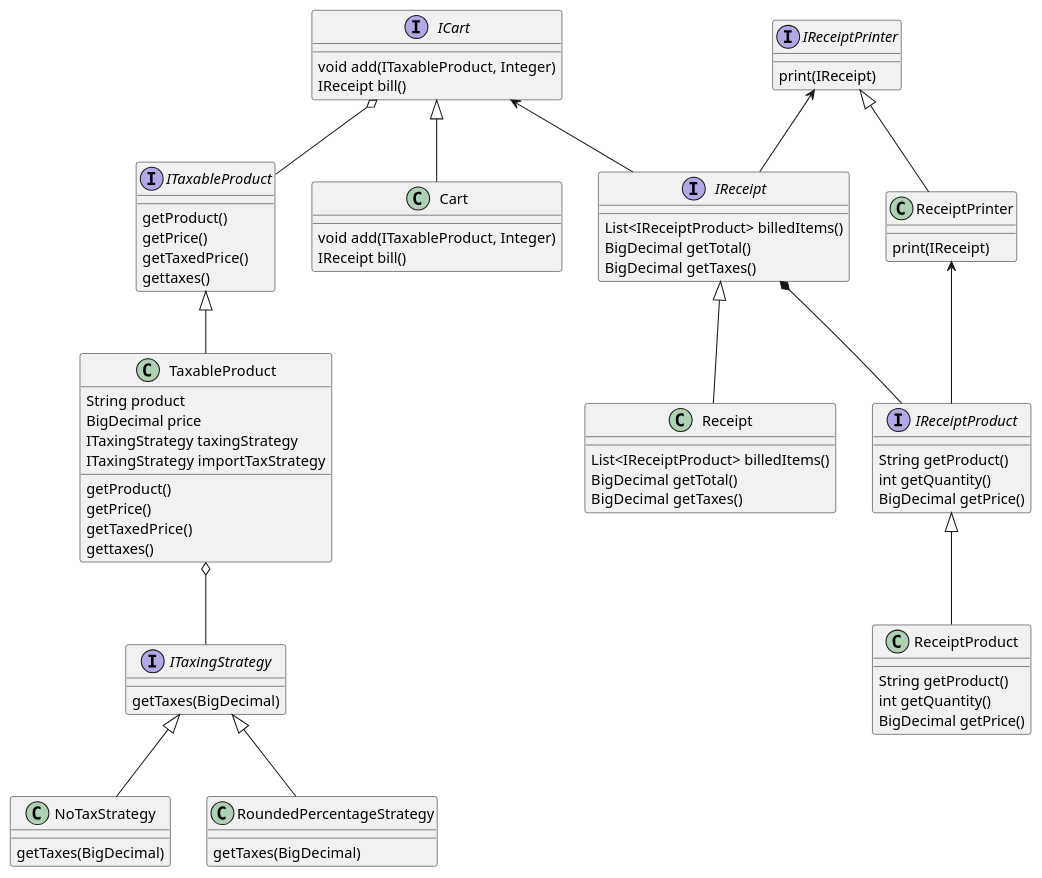
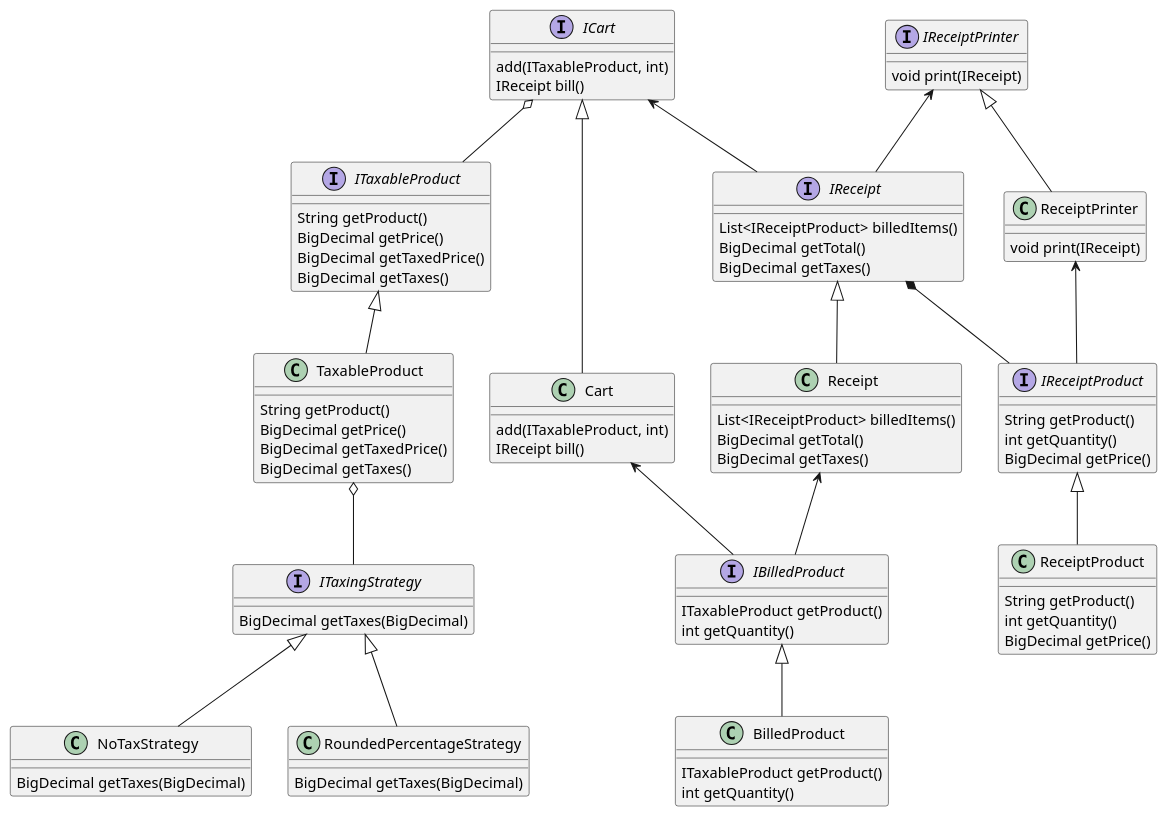
One commit to luigiDB/SalesTaxes changed the diagram in docResources/architecture.puml. Above: the diagram before and after it, drawn with PlantUML. The commit also changed 1 other file, not shown here.

Commit message:
Update architecture

```diff
--- a/docResources/architecture.puml
+++ b/docResources/architecture.puml
@@ -1,92 +1,103 @@
 @startuml
 'https://plantuml.com/class-diagram
 
 ITaxableProduct <|-- TaxableProduct
 TaxableProduct o-- ITaxingStrategy
 ITaxingStrategy <|-- NoTaxStrategy
 ITaxingStrategy <|-- RoundedPercentageStrategy
 
 ICart <|-- Cart
 ICart o-- ITaxableProduct
 ICart <-- IReceipt
 IReceiptPrinter <-- IReceipt
 IReceiptPrinter <|-- ReceiptPrinter
 IReceipt <|-- Receipt
 IReceiptProduct <|-- ReceiptProduct
 
 IReceipt *-- IReceiptProduct
 ReceiptPrinter <-- IReceiptProduct
 
+IBilledProduct <|-- BilledProduct
+Cart <-- IBilledProduct
+Receipt <-- IBilledProduct
+
+
 interface ITaxableProduct {
-    getProduct()
-    getPrice()
-    getTaxedPrice()
-    gettaxes()
+    String getProduct()
+    BigDecimal getPrice()
+    BigDecimal getTaxedPrice()
+    BigDecimal getTaxes()
 }
 
 class TaxableProduct {
-    String product
-    BigDecimal price
-    ITaxingStrategy taxingStrategy
-    ITaxingStrategy importTaxStrategy
-    getProduct()
-    getPrice()
-    getTaxedPrice()
-    gettaxes()
+    String getProduct()
+    BigDecimal getPrice()
+    BigDecimal getTaxedPrice()
+    BigDecimal getTaxes()
 }
 
 interface ICart {
-    void add(ITaxableProduct, Integer)
+    add(ITaxableProduct, int)
     IReceipt bill()
 }
 
 class Cart {
-    void add(ITaxableProduct, Integer)
+    add(ITaxableProduct, int)
     IReceipt bill()
 }
 
 interface IReceipt {
     List<IReceiptProduct> billedItems()
     BigDecimal getTotal()
     BigDecimal getTaxes()
 }
 
 class Receipt {
     List<IReceiptProduct> billedItems()
     BigDecimal getTotal()
     BigDecimal getTaxes()
 }
 
 interface ITaxingStrategy {
-    getTaxes(BigDecimal)
+    BigDecimal getTaxes(BigDecimal)
 }
 
 class NoTaxStrategy {
-    getTaxes(BigDecimal)
+    BigDecimal getTaxes(BigDecimal)
 }
 
 class RoundedPercentageStrategy {
-    getTaxes(BigDecimal)
+    BigDecimal getTaxes(BigDecimal)
 }
 
 interface IReceiptPrinter {
-    print(IReceipt)
+    void print(IReceipt)
 }
 
 class ReceiptPrinter {
-    print(IReceipt)
+    void print(IReceipt)
 }
 
 interface IReceiptProduct {
     String getProduct()
     int getQuantity()
     BigDecimal getPrice()
 }
 
 class ReceiptProduct {
     String getProduct()
     int getQuantity()
     BigDecimal getPrice()
 }
 
+interface IBilledProduct {
+    ITaxableProduct getProduct()
+    int getQuantity()
+}
+
+class BilledProduct {
+    ITaxableProduct getProduct()
+    int getQuantity()
+}
+
 @enduml
```
